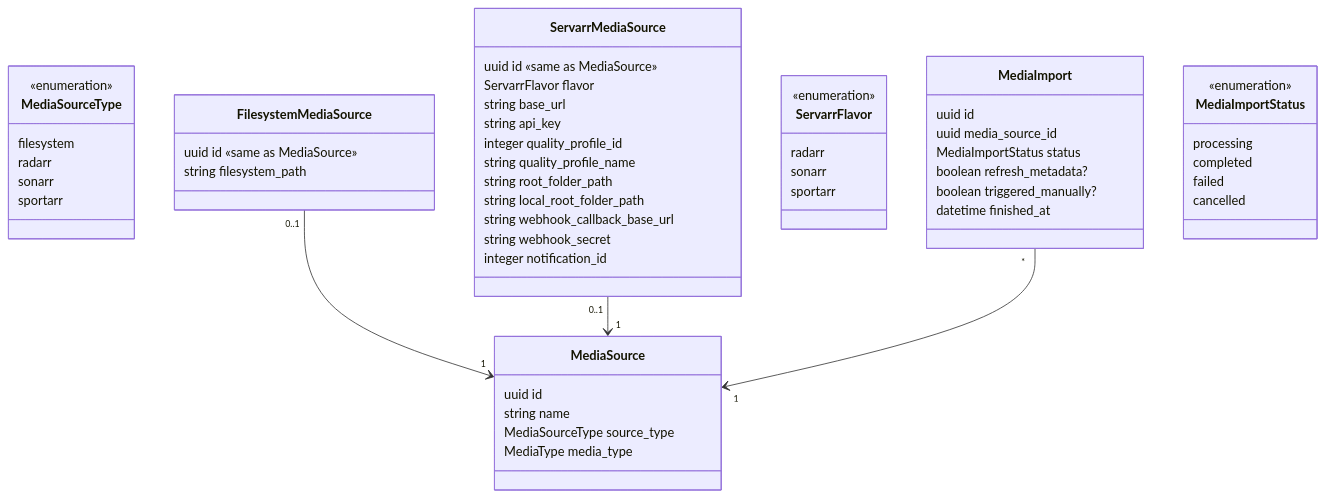
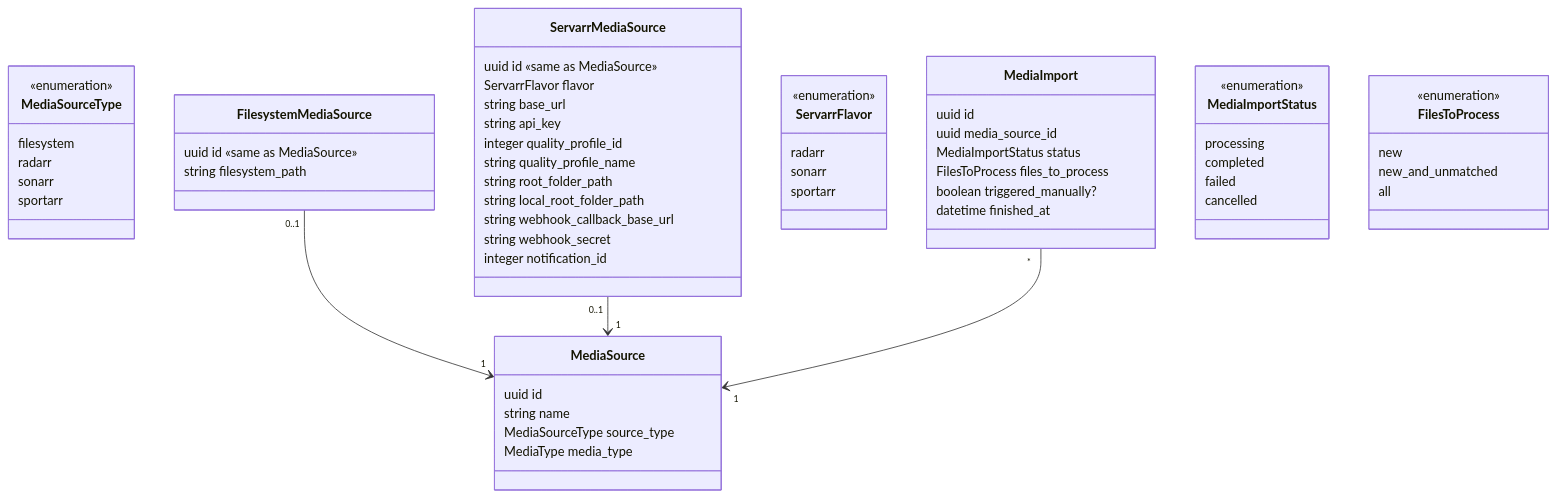
The sixth of 12 diagrams in docs/data-model.md (nat-e/watch_club), drawn with Mermaid before and after one commit. The commit also changed other lines of this file and 44 other files, not shown here.

````diff
--- a/docs/data-model.md
+++ b/docs/data-model.md
@@ -328,57 +329,63 @@
 ```mermaid
 classDiagram
   class MediaSource {
     uuid id
     string name
     MediaSourceType source_type
     MediaType media_type
   }
   class MediaSourceType {
     <<enumeration>>
     filesystem
     radarr
     sonarr
     sportarr
   }
   class FilesystemMediaSource {
     uuid id «same as MediaSource»
     string filesystem_path
   }
   class ServarrMediaSource {
     uuid id «same as MediaSource»
     ServarrFlavor flavor
     string base_url
     string api_key
     integer quality_profile_id
     string quality_profile_name
     string root_folder_path
     string local_root_folder_path
     string webhook_callback_base_url
     string webhook_secret
     integer notification_id
   }
   class ServarrFlavor {
     <<enumeration>>
     radarr
     sonarr
     sportarr
   }
   class MediaImport {
     uuid id
     uuid media_source_id
     MediaImportStatus status
-    boolean refresh_metadata?
+    FilesToProcess files_to_process
     boolean triggered_manually?
     datetime finished_at
   }
   class MediaImportStatus {
     <<enumeration>>
     processing
     completed
     failed
     cancelled
   }
+  class FilesToProcess {
+    <<enumeration>>
+    new
+    new_and_unmatched
+    all
+  }
   FilesystemMediaSource "0..1" --> "1" MediaSource
   ServarrMediaSource "0..1" --> "1" MediaSource
   MediaImport "*" --> "1" MediaSource
 ```
````
